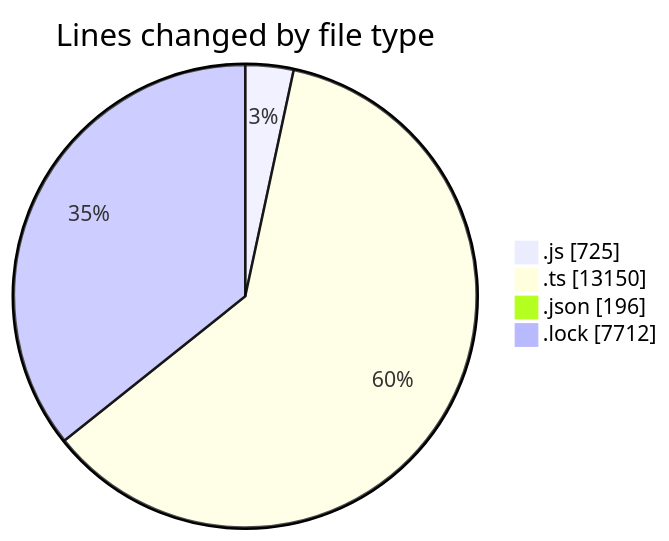
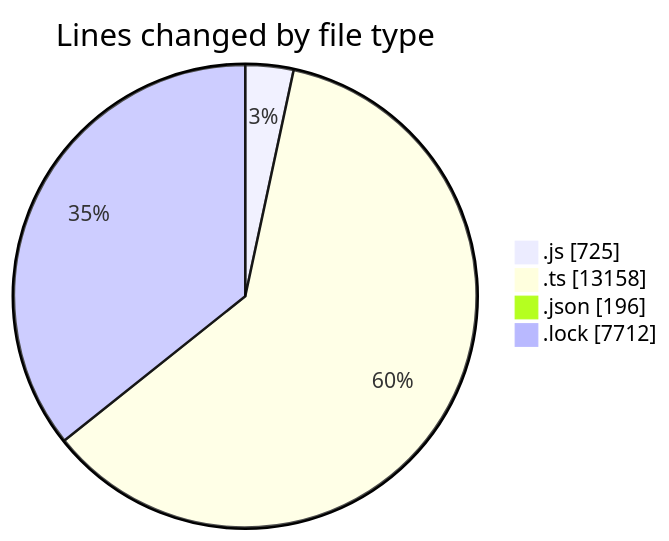
The first of 2 diagrams in 2025-05-29/cda/README.md (momahboobian/code-tracking), drawn with Mermaid before and after one commit. The commit also changed other lines of this file and 1 other file, not shown here.

````diff
--- a/2025-05-29/cda/README.md
+++ b/2025-05-29/cda/README.md
@@ -35,8 +35,8 @@
 ```mermaid
 pie showData
 title Lines changed by file type
 ".js" : 725
-".ts" : 13150
+".ts" : 13158
 ".json" : 196
 ".lock" : 7712
 ```
````
